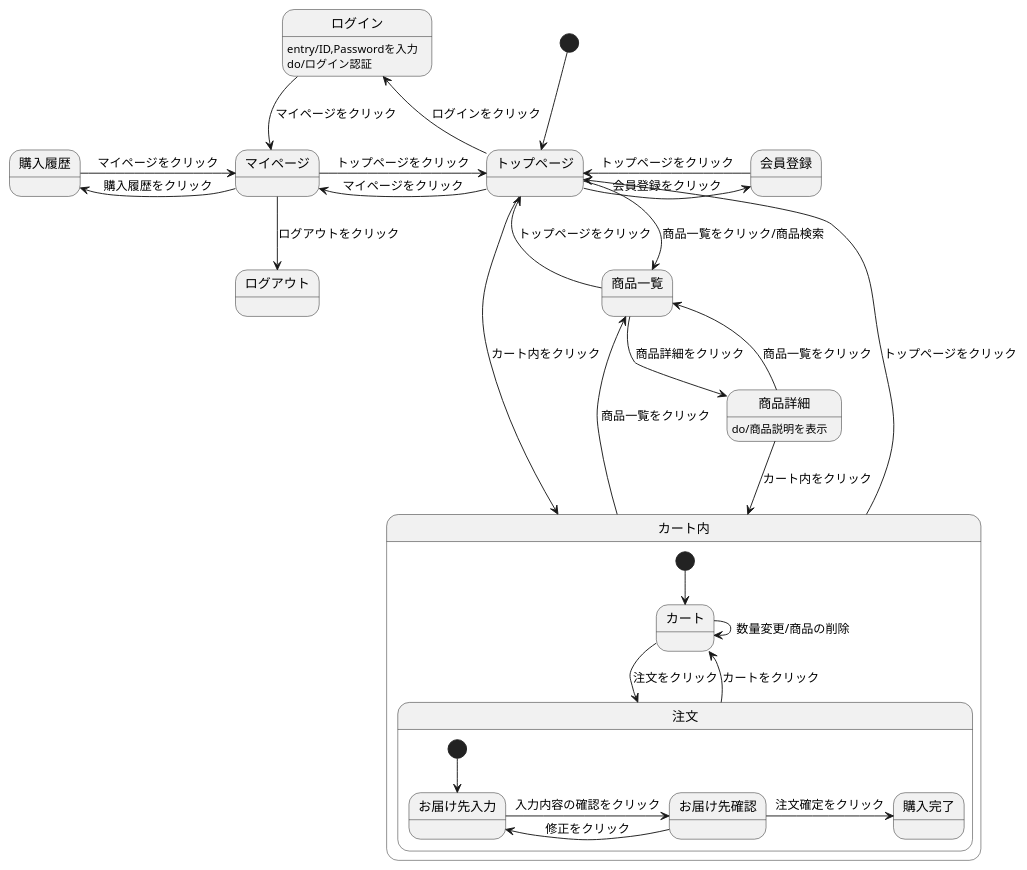
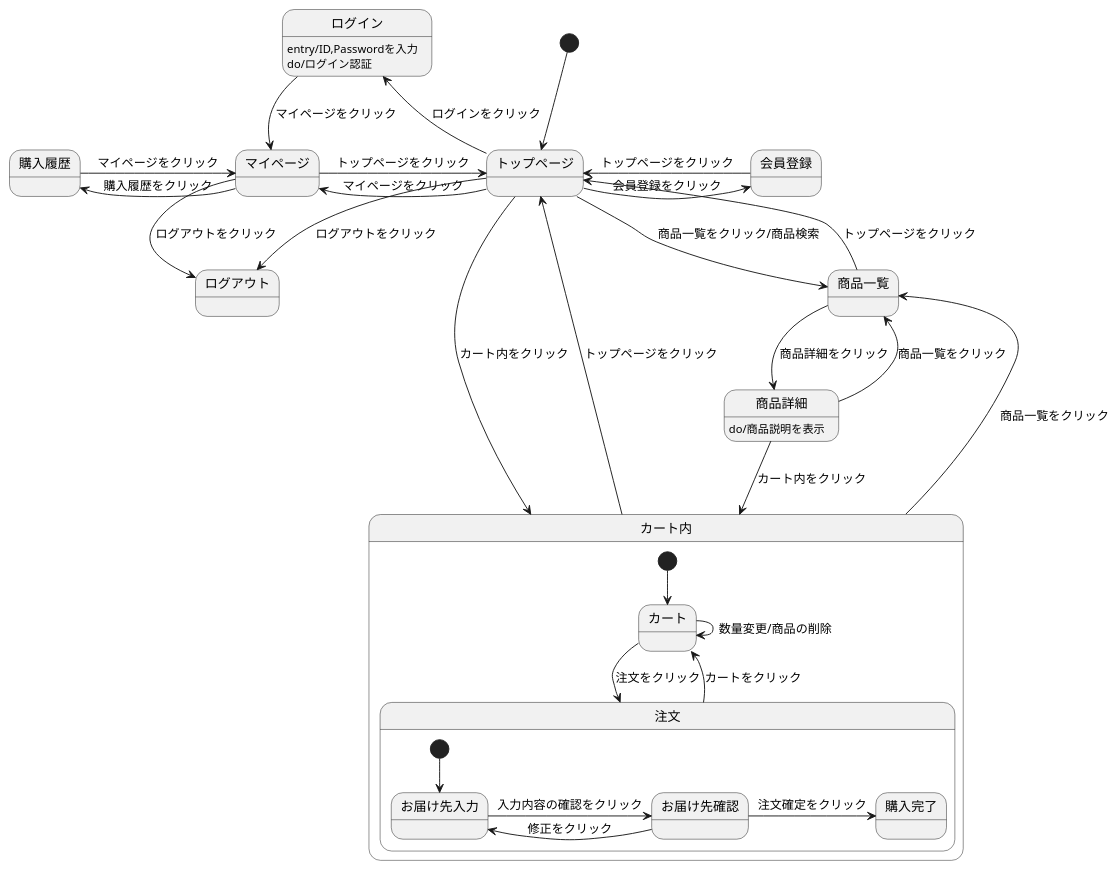
One commit to Aso2001163/2021sys-design-2 changed the diagram in Mypage(状態遷移図).md. Above: the diagram before and after it, drawn with PlantUML.

````diff
--- a/Mypage(状態遷移図).md
+++ b/Mypage(状態遷移図).md
@@ -1,38 +1,39 @@
 ```uml
 @startuml
 [*] --> トップページ
 トップページ -> 会員登録 : 会員登録をクリック
 会員登録 -> トップページ : トップページをクリック
 トップページ -left-> マイページ : マイページをクリック
 トップページ -left-> ログイン : ログインをクリック
 ログイン -down-> マイページ : マイページをクリック
 ログイン:entry/ID,Passwordを入力
 ログイン:do/ログイン認証
 マイページ -> トップページ : トップページをクリック
 マイページ -down-> ログアウト : ログアウトをクリック
 マイページ -left-> 購入履歴 : 購入履歴をクリック
+トップページ -> ログアウト : ログアウトをクリック  
 購入履歴 -> マイページ : マイページをクリック
 トップページ --> 商品一覧 : 商品一覧をクリック/商品検索
 商品一覧 -> トップページ : トップページをクリック
 商品一覧 -> 商品詳細 : 商品詳細をクリック  
 商品詳細:do/商品説明を表示
 商品詳細 -down-> 商品一覧 : 商品一覧をクリック
 商品詳細 -down-> カート内 : カート内をクリック
 カート内 -> 商品一覧 : 商品一覧をクリック
 カート内 -up-> トップページ : トップページをクリック
 トップページ -> カート内 : カート内をクリック
 
 state カート内 {
   [*] --> カート
   カート -down-> 注文 : 注文をクリック
   カート -> カート : 数量変更/商品の削除
   注文 -down-> カート : カートをクリック
   state 注文 {
     [*] --> お届け先入力
     お届け先入力 -> お届け先確認 : 入力内容の確認をクリック
     お届け先確認 -> お届け先入力 : 修正をクリック
     お届け先確認 -> 購入完了 : 注文確定をクリック
     }
  }
 @enduml
 ```
````
